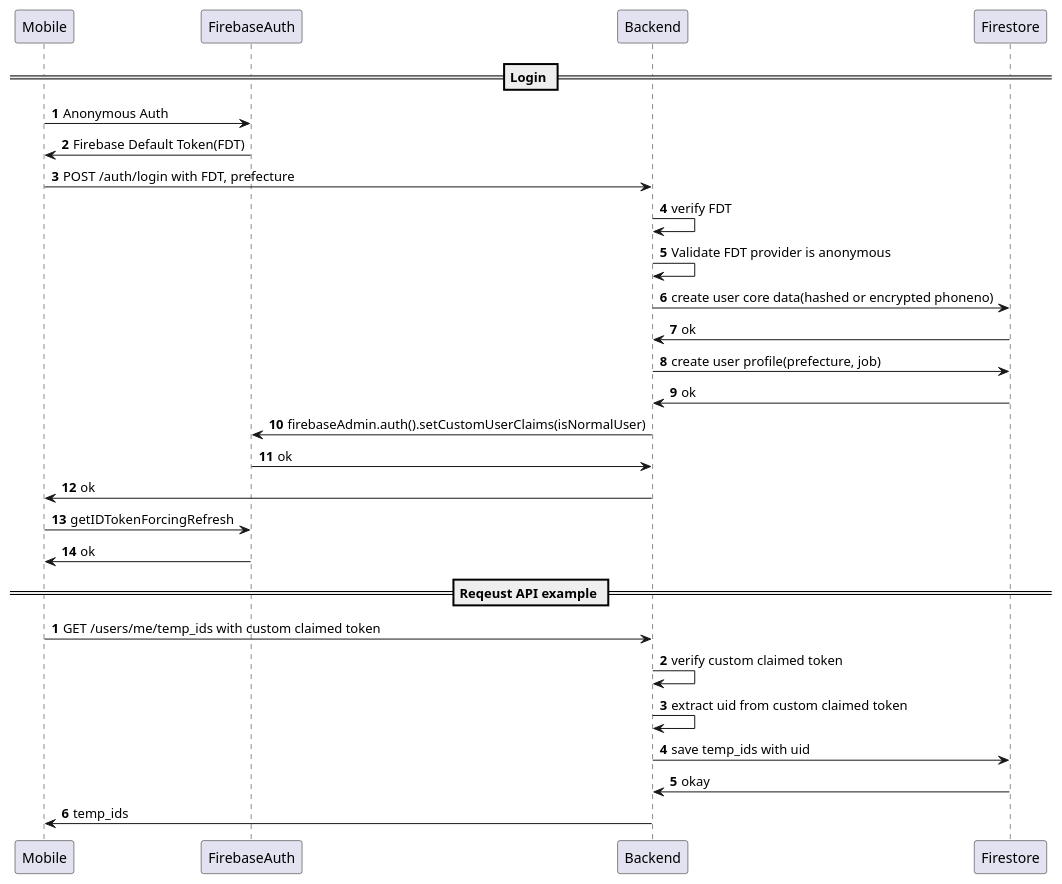
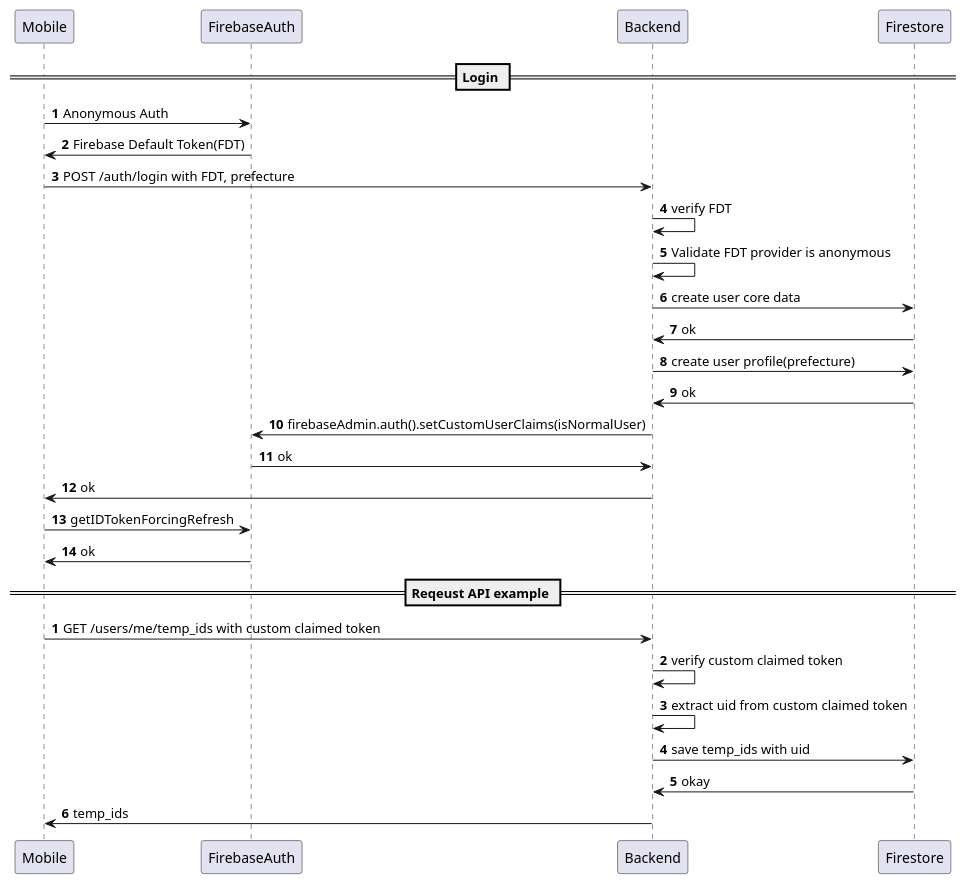
The diagram in docs/auth.pu (mamori-i-japan/mamori-i-japan-api), drawn with PlantUML before and after one commit. The commit also changed 1 other file, not shown here.

Commit message:
update auth sequence

```diff
--- a/docs/auth.pu
+++ b/docs/auth.pu
@@ -1,32 +1,32 @@
 @startuml
 
 == Login ==
 
 autonumber 1
 
 Mobile  -> FirebaseAuth: Anonymous Auth
 FirebaseAuth -> Mobile: Firebase Default Token(FDT)
 Mobile -> Backend: POST /auth/login with FDT, prefecture
 Backend -> Backend: verify FDT
 Backend -> Backend: Validate FDT provider is anonymous
-Backend -> Firestore: create user core data(hashed or encrypted phoneno)
+Backend -> Firestore: create user core data
 Firestore -> Backend: ok
-Backend -> Firestore: create user profile(prefecture, job)
+Backend -> Firestore: create user profile(prefecture)
 Firestore -> Backend: ok
 Backend ->  FirebaseAuth: firebaseAdmin.auth().setCustomUserClaims(isNormalUser)
 FirebaseAuth -> Backend: ok
 Backend -> Mobile: ok
 Mobile -> FirebaseAuth: getIDTokenForcingRefresh
 FirebaseAuth -> Mobile: ok
 
 == Reqeust API example ==
 
 autonumber 1
 Mobile -> Backend: GET /users/me/temp_ids with custom claimed token
 Backend -> Backend: verify custom claimed token
 Backend -> Backend: extract uid from custom claimed token
 Backend -> Firestore: save temp_ids with uid
 Firestore -> Backend: okay
 Backend -> Mobile: temp_ids
 
 @enduml
```
